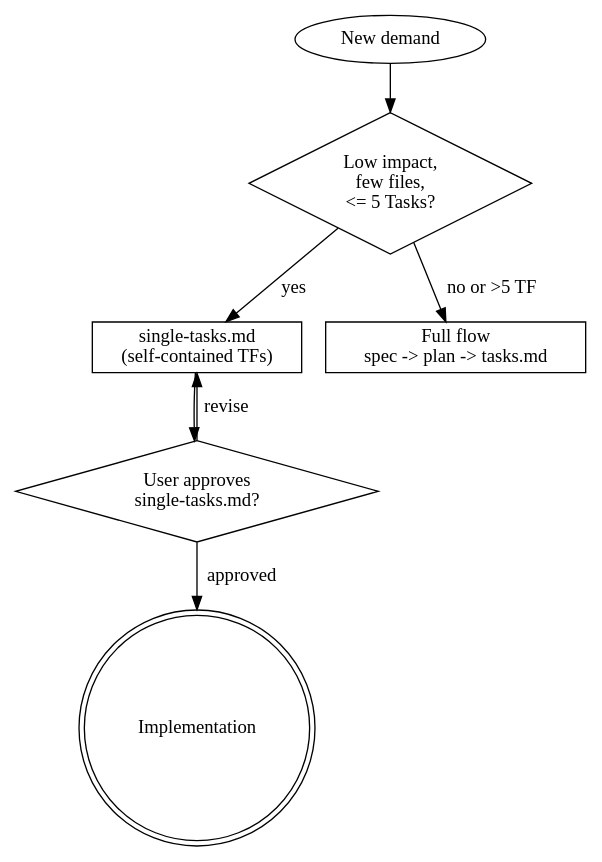
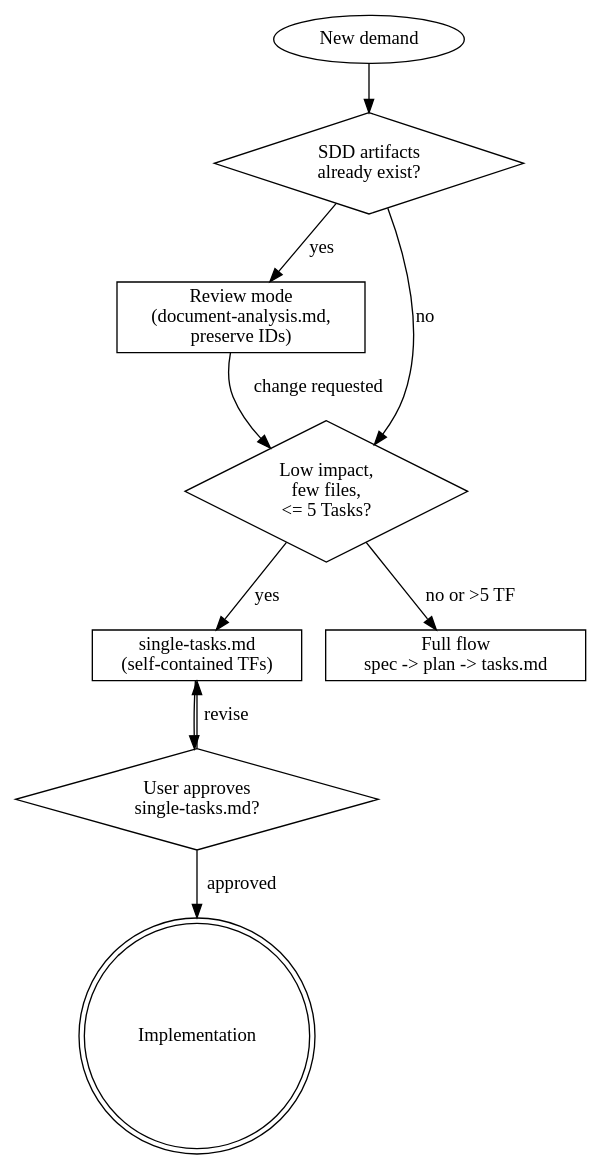
The first of 4 diagrams in skills/blueprint/SKILL.md (scrapup/scrapup), drawn with Graphviz before and after one commit. The commit also changed other lines of this file and 63 other files, not shown here.

````diff
--- a/skills/blueprint/SKILL.md
+++ b/skills/blueprint/SKILL.md
@@ -59,20 +59,25 @@
 ```dot
 digraph sdd_entry {
     rankdir=TB;
     node [shape=box];
 
     start [label="New demand" shape=ellipse];
+    existing [label="SDD artifacts\nalready exist?" shape=diamond];
+    review [label="Review mode\n(document-analysis.md,\npreserve IDs)"];
     triage [label="Low impact,\nfew files,\n<= 5 Tasks?" shape=diamond];
     incremental [label="single-tasks.md\n(self-contained TFs)"];
     full [label="Full flow\nspec -> plan -> tasks.md"];
     st_review [label="User approves\nsingle-tasks.md?" shape=diamond];
     implement_i [label="Implementation" shape=doublecircle];
 
-    start -> triage;
+    start -> existing;
+    existing -> review [label="yes"];
+    existing -> triage [label="no"];
+    review -> triage [label="change requested"];
     triage -> incremental [label="yes"];
     triage -> full [label="no or >5 TF"];
     incremental -> st_review;
     st_review -> incremental [label="revise"];
     st_review -> implement_i [label="approved"];
 }
 ```
````
